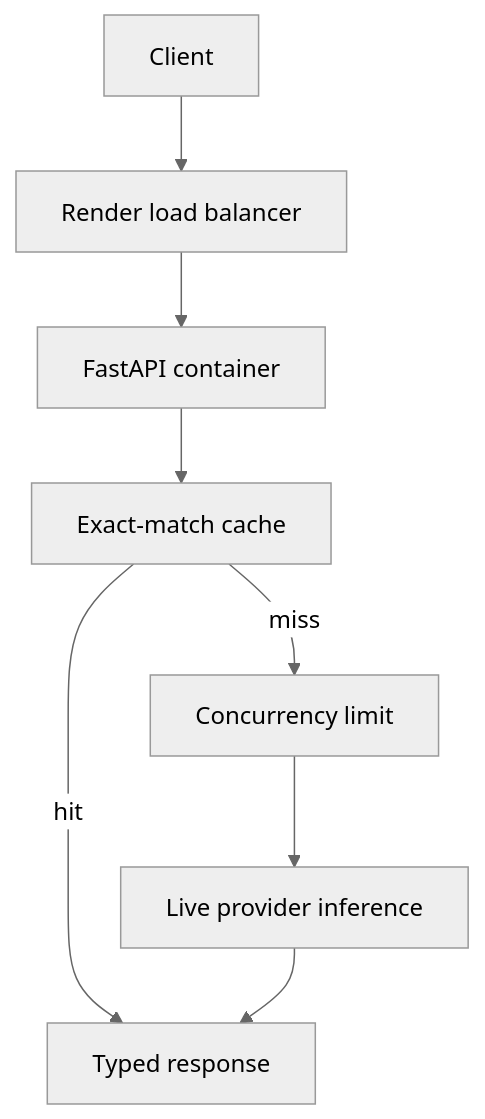
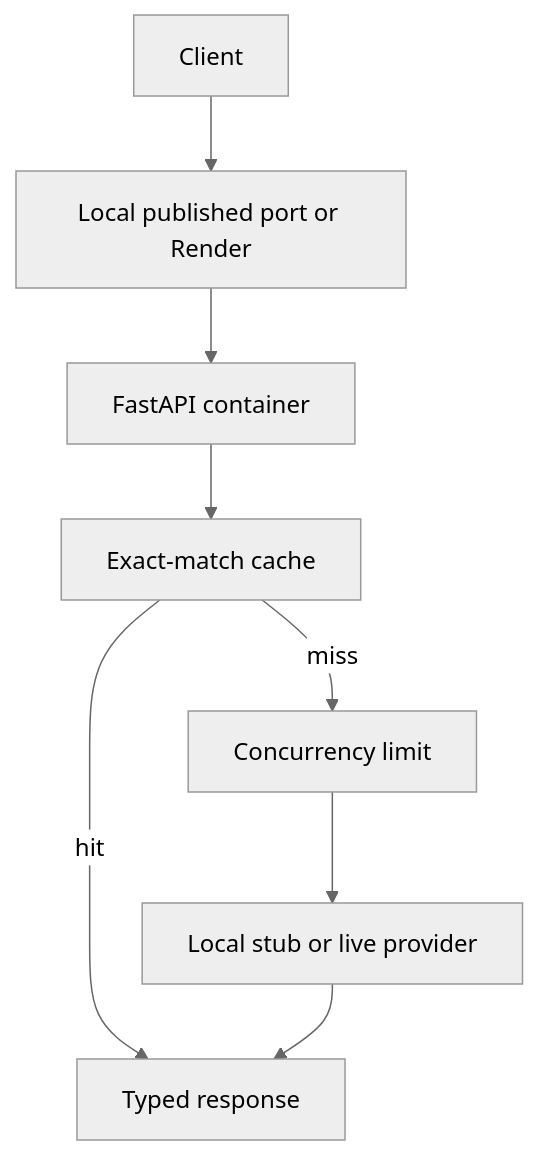
One commit to bootcampyoussef/mle-containerized-llm-deployment changed the diagram in README.md. Above: the diagram before and after it, drawn with Mermaid (neutral theme). The commit also changed other lines of this file and 4 other files, not shown here.

````diff
--- a/README.md
+++ b/README.md
@@ -58,10 +52,10 @@
 ```mermaid
 flowchart TD
-    A["Client"] --> B["Render load balancer"]
+    A["Client"] --> B["Local published port or Render"]
     B --> C["FastAPI container"]
     C --> E["Exact-match cache"]
     E -->|"miss"| D["Concurrency limit"]
-    D --> F["Live provider inference"]
+    D --> F["Local stub or live provider"]
     E -->|"hit"| G["Typed response"]
     F --> G
 ```
````
